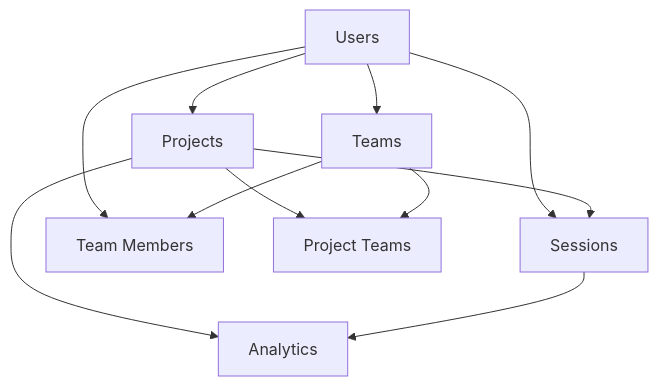
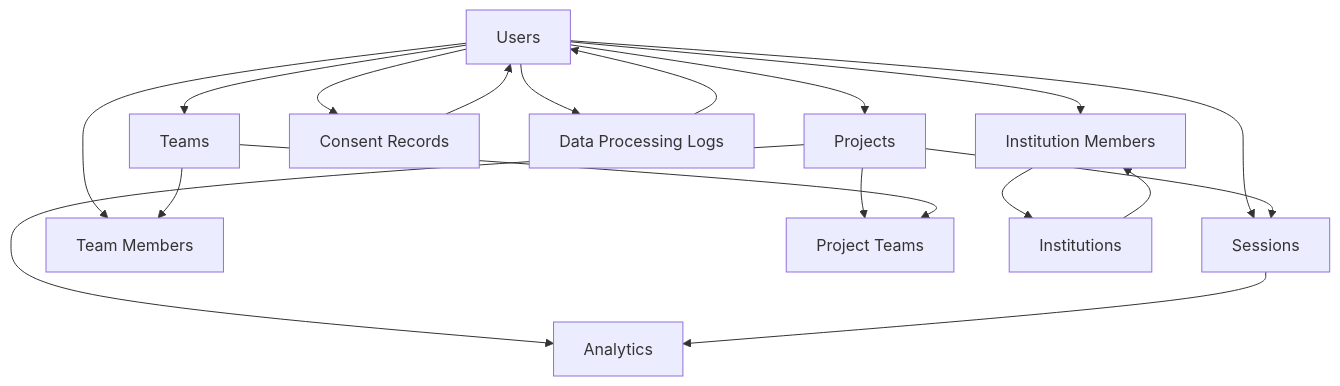
Before and after one commit to KKBAE143/VivAI: the third of 3 diagrams in .qoder/repowiki/en/content/Backend API/Database Schema & Models.md, drawn with Mermaid. The commit also changed other lines of this file and 133 other files, not shown here.

````diff
--- a/.qoder/repowiki/en/content/Backend API/Database Schema & Models.md
+++ b/.qoder/repowiki/en/content/Backend API/Database Schema & Models.md
@@ -403,13 +617,20 @@
 ```mermaid
 graph TB
 U["Users"] --> P["Projects"]
 U --> T["Teams"]
 U --> S["Sessions"]
 U --> TM["Team Members"]
+U --> CR["Consent Records"]
+U --> DPL["Data Processing Logs"]
+U --> IM["Institution Members"]
 P --> S
 P --> A["Analytics"]
 P --> PT["Project Teams"]
 T --> TM
 T --> PT
 S --> A
+I["Institutions"] --> IM
+CR --> U
+DPL --> U
+IM --> I
 ```
````
